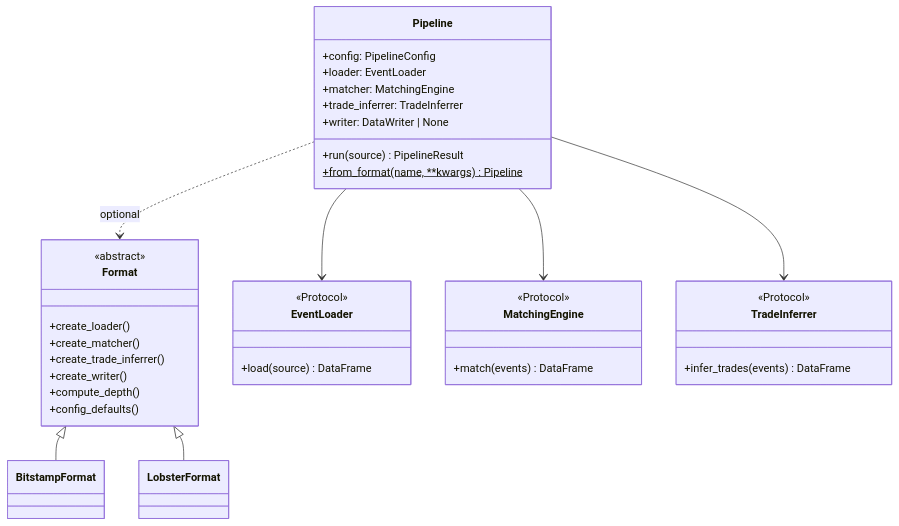
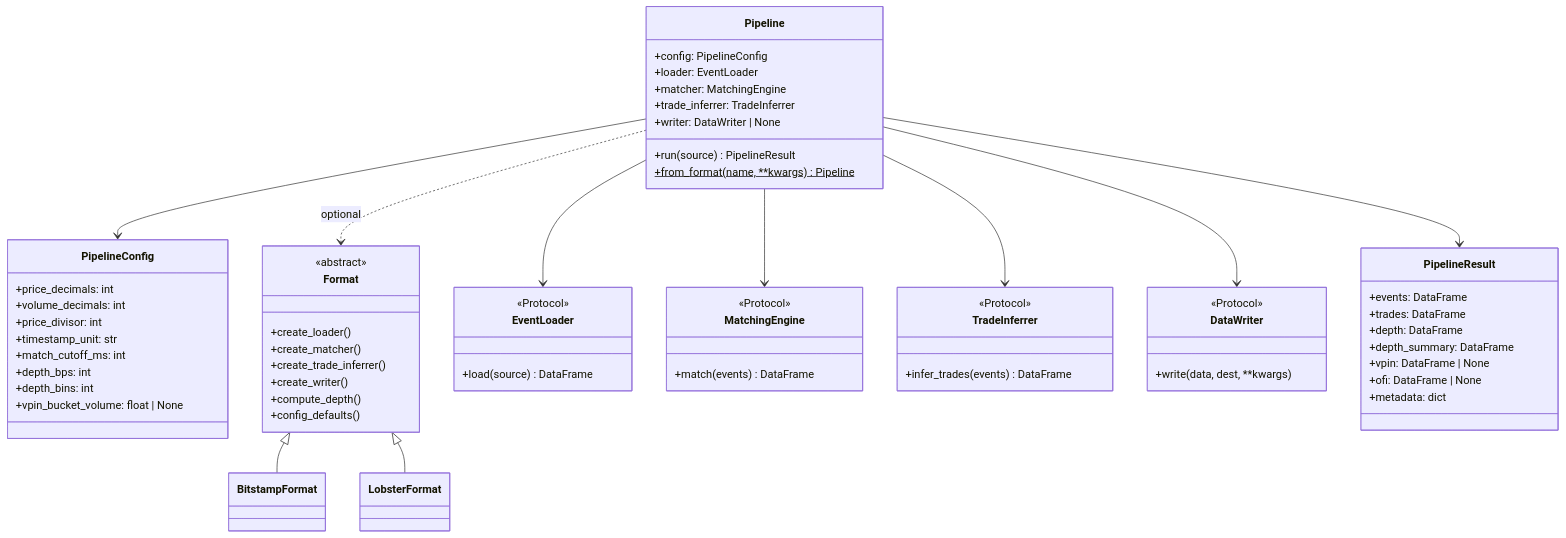
One commit to mczielinski/ob-analytics changed the second of 2 diagrams in docs/index.md. Above: the diagram before and after it, drawn with Mermaid. The commit also changed 4 other files, not shown here.

First line of the commit message:
docs: fix stale content, complete class diagram, and add order_book example

````diff
--- a/docs/index.md
+++ b/docs/index.md
@@ -59,45 +59,73 @@
 ```mermaid
 classDiagram
     class Pipeline {
         +config: PipelineConfig
         +loader: EventLoader
         +matcher: MatchingEngine
         +trade_inferrer: TradeInferrer
         +writer: DataWriter | None
         +run(source) PipelineResult
         +from_format(name, **kwargs)$ Pipeline
+    }
+
+    class PipelineConfig {
+        +price_decimals: int
+        +volume_decimals: int
+        +price_divisor: int
+        +timestamp_unit: str
+        +match_cutoff_ms: int
+        +depth_bps: int
+        +depth_bins: int
+        +vpin_bucket_volume: float | None
     }
 
     class Format {
         <<abstract>>
         +create_loader()
         +create_matcher()
         +create_trade_inferrer()
         +create_writer()
         +compute_depth()
         +config_defaults()
     }
 
     class BitstampFormat
     class LobsterFormat
 
     class EventLoader {
         <<Protocol>>
         +load(source) DataFrame
     }
     class MatchingEngine {
         <<Protocol>>
         +match(events) DataFrame
     }
     class TradeInferrer {
         <<Protocol>>
         +infer_trades(events) DataFrame
     }
+    class DataWriter {
+        <<Protocol>>
+        +write(data, dest, **kwargs)
+    }
 
+    class PipelineResult {
+        +events: DataFrame
+        +trades: DataFrame
+        +depth: DataFrame
+        +depth_summary: DataFrame
+        +vpin: DataFrame | None
+        +ofi: DataFrame | None
+        +metadata: dict
+    }
+
+    Pipeline --> PipelineConfig
     Pipeline --> EventLoader
     Pipeline --> MatchingEngine
     Pipeline --> TradeInferrer
+    Pipeline --> DataWriter
+    Pipeline --> PipelineResult
     Pipeline ..> Format : optional
     Format <|-- BitstampFormat
     Format <|-- LobsterFormat
 ```
````
